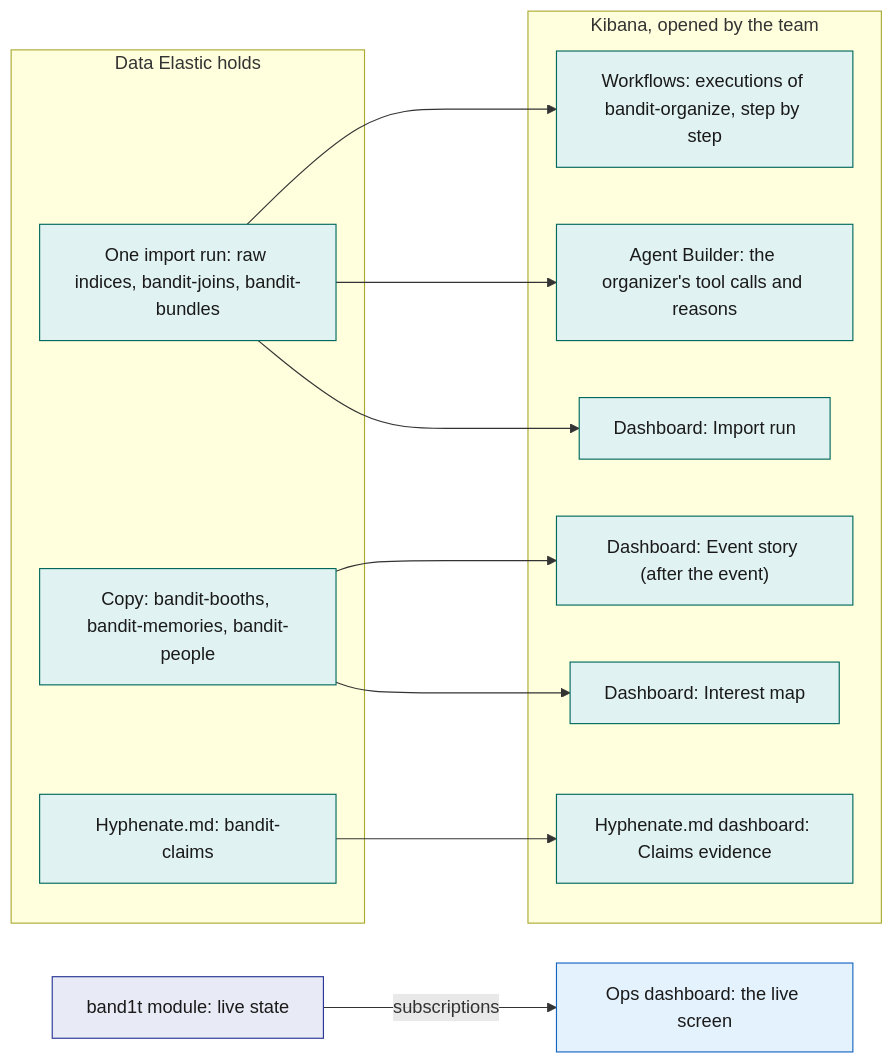
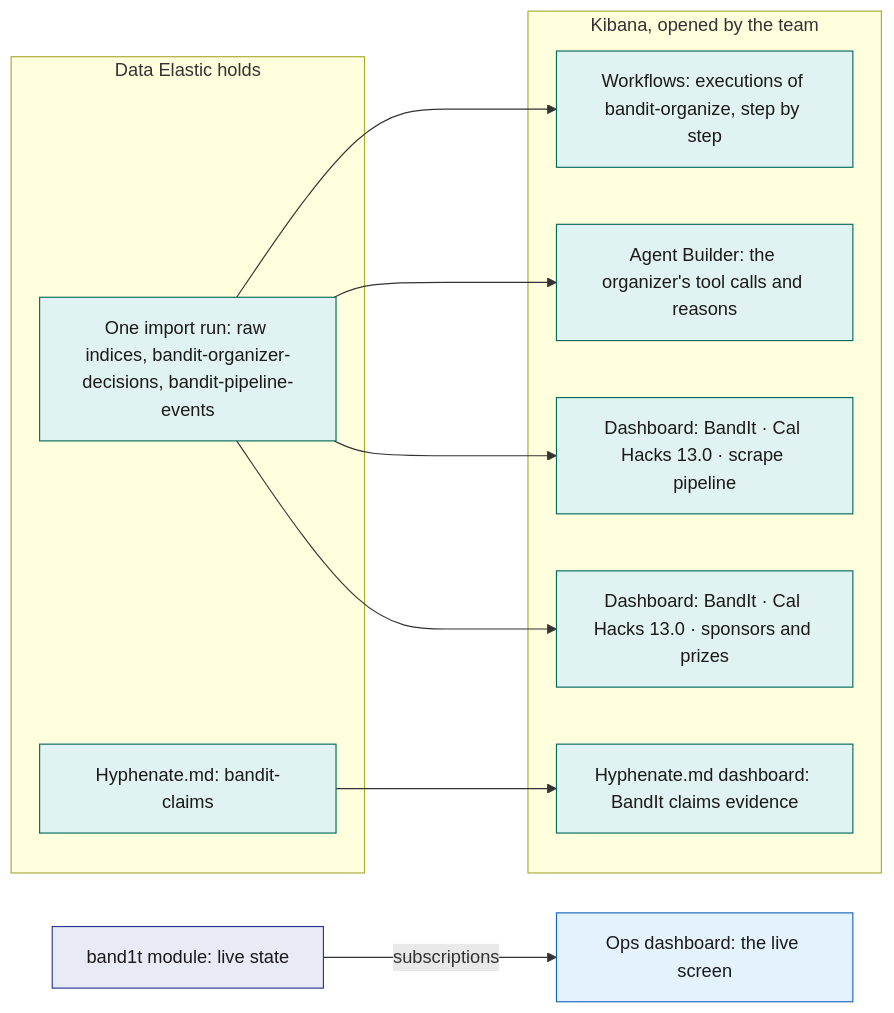
One commit to viktorinkov/cal-hacks-13 changed the fifth of 5 diagrams in System Design/7-integrations/Elastic.md. Above: the diagram before and after it, drawn with Mermaid. The commit also changed other lines of this file and 15 other files, not shown here.

````diff
--- a/System Design/7-integrations/Elastic.md
+++ b/System Design/7-integrations/Elastic.md
@@ -354,29 +364,26 @@
 ```mermaid
 flowchart LR
   subgraph Sources["Data Elastic holds"]
-    RUN["One import run: raw indices, bandit-joins, bandit-bundles"]
-    COPY["Copy: bandit-booths, bandit-memories, bandit-people"]
+    RUN["One import run: raw indices, bandit-organizer-decisions, bandit-pipeline-events"]
     CLM["Hyphenate.md: bandit-claims"]
   end
   subgraph Kibana["Kibana, opened by the team"]
     WFV["Workflows: executions of bandit-organize, step by step"]
     ABV["Agent Builder: the organizer's tool calls and reasons"]
-    D1["Dashboard: Import run"]
-    D3["Dashboard: Event story (after the event)"]
-    D4["Dashboard: Interest map"]
-    D5["Hyphenate.md dashboard: Claims evidence"]
+    D1["Dashboard: BandIt · Cal Hacks 13.0 · scrape pipeline"]
+    D2["Dashboard: BandIt · Cal Hacks 13.0 · sponsors and prizes"]
+    D5["Hyphenate.md dashboard: BandIt claims evidence"]
   end
   RUN --> WFV
   RUN --> ABV
   RUN --> D1
-  COPY --> D3
-  COPY --> D4
+  RUN --> D2
   CLM --> D5
   STDB["band1t module: live state"] -->|"subscriptions"| OPS["Ops dashboard: the live screen"]
   classDef ext fill:#E0F2F1,stroke:#00695C,color:#1A1A1A
   classDef stdb fill:#E8EAF6,stroke:#283593,color:#1A1A1A
   classDef web fill:#E3F2FD,stroke:#1565C0,color:#1A1A1A
-  class RUN,COPY,CLM,WFV,ABV,D1,D3,D4,D5 ext
+  class RUN,CLM,WFV,ABV,D1,D2,D5 ext
   class STDB stdb
   class OPS web
 ```
````
